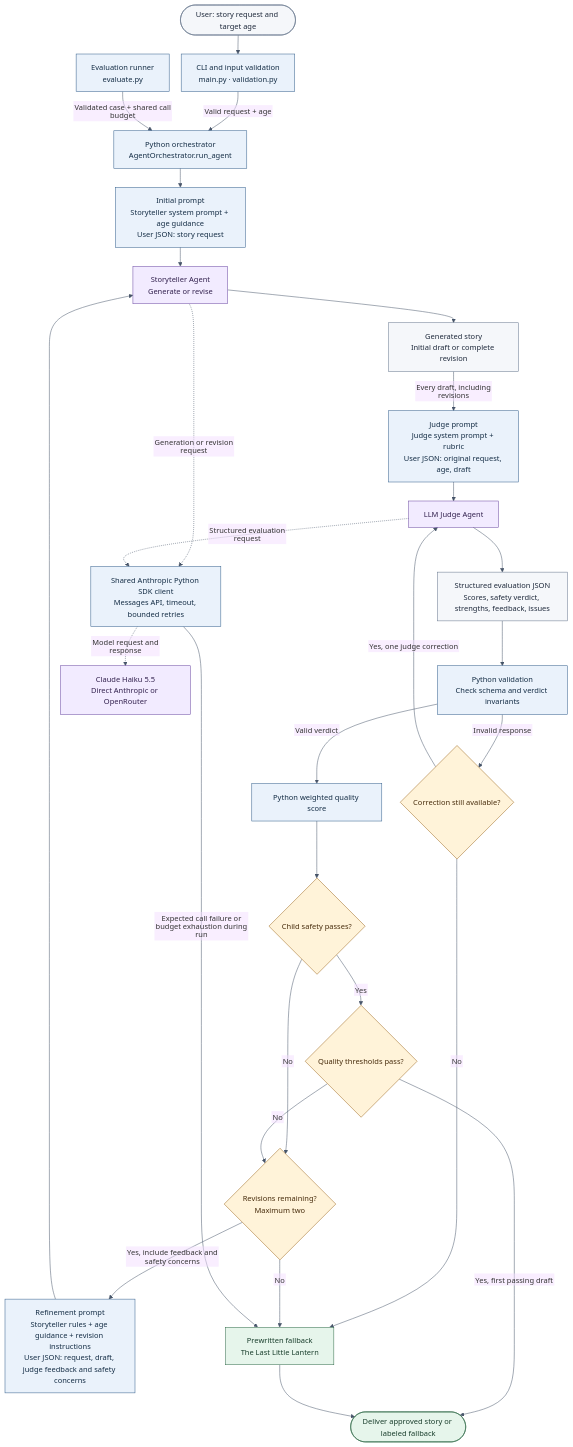
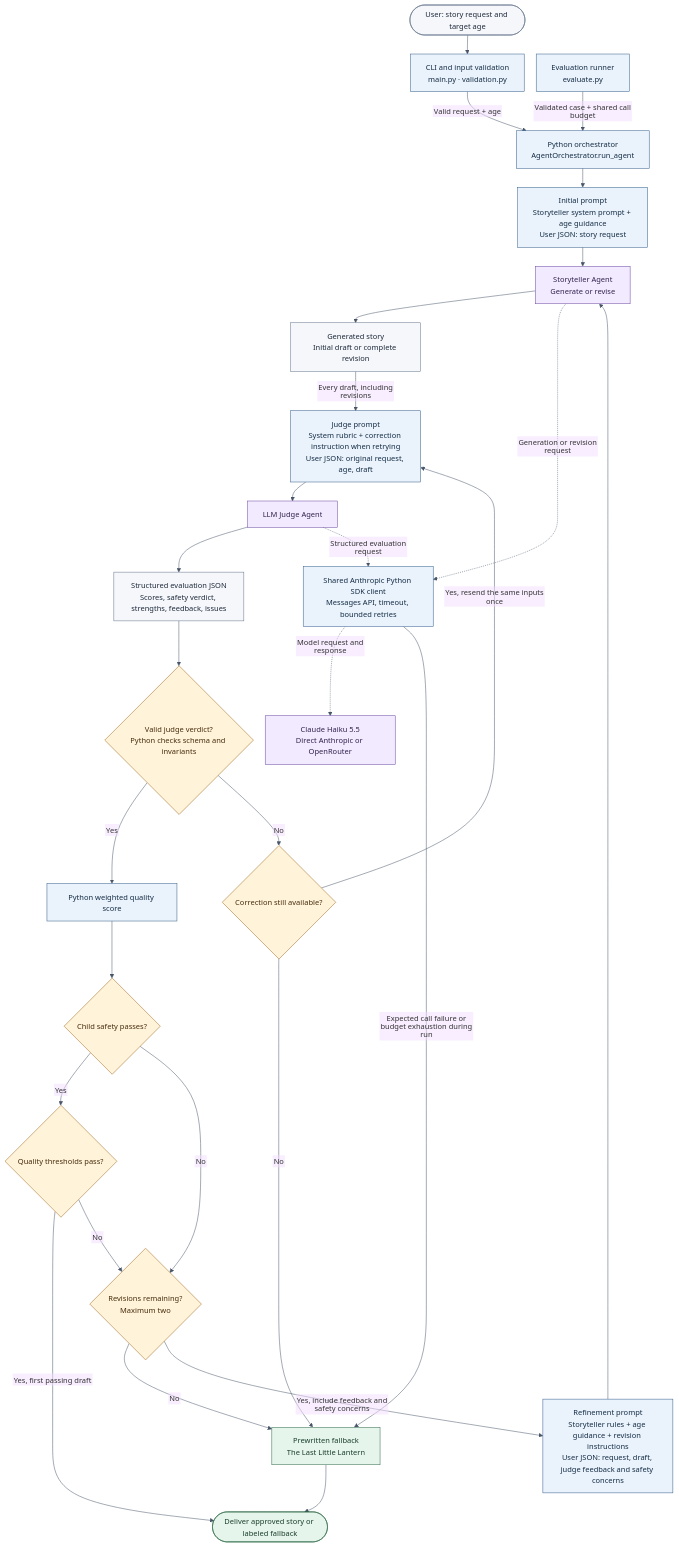
The diagram in docs/architecture.md (littlefish-tech/AI_Agent_Deployment), drawn with Mermaid before and after one commit. The commit also changed other lines of this file and 3 other files, not shown here.

Commit message:
Clarify judge correction flow and evaluation findings

````diff
--- a/docs/architecture.md
+++ b/docs/architecture.md
@@ -8,59 +8,59 @@
 ```mermaid
 %%{init: {"theme": "base", "flowchart": {"htmlLabels": false, "nodeSpacing": 24, "rankSpacing": 38}, "themeVariables": {"fontFamily": "Arial, sans-serif", "fontSize": "15px", "lineColor": "#475569"}}}%%
 flowchart TB
     accTitle: Bedtime story evaluator and optimizer
     accDescr: Python validates input, drafts and judges stories through Claude Haiku 5.5, and releases an approved draft or a prewritten fallback. Every revision returns to the judge.
     U(["User: story request and target age"])
     C["CLI and input validation<br/>main.py · validation.py"]
     E["Evaluation runner<br/>evaluate.py"]
     O["Python orchestrator<br/>AgentOrchestrator.run_agent"]
     G["Initial prompt<br/>Storyteller system prompt + age guidance<br/>User JSON: story request"]
     S["Storyteller Agent<br/>Generate or revise"]
     D["Generated story<br/>Initial draft or complete revision"]
-    JP["Judge prompt<br/>Judge system prompt + rubric<br/>User JSON: original request, age, draft"]
+    JP["Judge prompt<br/>System rubric + correction instruction when retrying<br/>User JSON: original request, age, draft"]
     J["LLM Judge Agent"]
     R["Structured evaluation JSON<br/>Scores, safety verdict, strengths, feedback, issues"]
-    V["Python validation<br/>Check schema and verdict invariants"]
+    V{"Valid judge verdict?<br/>Python checks schema and invariants"}
     CR{"Correction still available?"}
     W["Python weighted quality score"]
     SAFE{"Child safety passes?"}
     QUAL{"Quality thresholds pass?"}
     REV{"Revisions remaining?<br/>Maximum two"}
     RP["Refinement prompt<br/>Storyteller rules + age guidance + revision instructions<br/>User JSON: request, draft, judge feedback and safety concerns"]
     F["Prewritten fallback<br/>The Last Little Lantern"]
     OUT(["Deliver approved story or labeled fallback"])
     API["Shared Anthropic Python SDK client<br/>Messages API, timeout, bounded retries"]
     MODEL["Claude Haiku 5.5<br/>Direct Anthropic or OpenRouter"]
 
     U --> C
     C -->|"Valid request + age"| O
     E -->|"Validated case + shared call budget"| O
     O --> G --> S --> D
     D -->|"Every draft, including revisions"| JP --> J --> R --> V
-    V -->|"Invalid response"| CR
-    CR -->|"Yes, one judge correction"| J
+    V -->|"Yes"| W --> SAFE
+    V -->|"No"| CR
+    CR -->|"Yes, resend the same inputs once"| JP
     CR -->|"No"| F
-    V -->|"Valid verdict"| W --> SAFE
     SAFE -->|"Yes"| QUAL
     SAFE -->|"No"| REV
     QUAL -->|"Yes, first passing draft"| OUT
     QUAL -->|"No"| REV
+    REV -->|"No"| F
     REV -->|"Yes, include feedback and safety concerns"| RP --> S
-    REV -->|"No"| F
     F --> OUT
     S -.->|"Generation or revision request"| API
     J -.->|"Structured evaluation request"| API
     API -.->|"Model request and response"| MODEL
     API -->|"Expected call failure or budget exhaustion during run"| F
 
     classDef python fill:#eaf2fb,stroke:#315d8a,color:#142d45;
     classDef model fill:#f2ebff,stroke:#6946a0,color:#32214e;
     classDef decision fill:#fff3d9,stroke:#9b6319,color:#472c0c;
     classDef delivery fill:#e6f5eb,stroke:#2d6846,color:#183d2b;
     classDef data fill:#f5f7fa,stroke:#64748b,color:#1e293b;
-    class C,E,O,G,JP,V,W,RP,API python;
+    class C,E,O,G,JP,W,RP,API python;
     class S,J,MODEL model;
-    class CR,SAFE,QUAL,REV decision;
+    class V,CR,SAFE,QUAL,REV decision;
     class F,OUT delivery;
     class U,D,R data;
 ```
````
